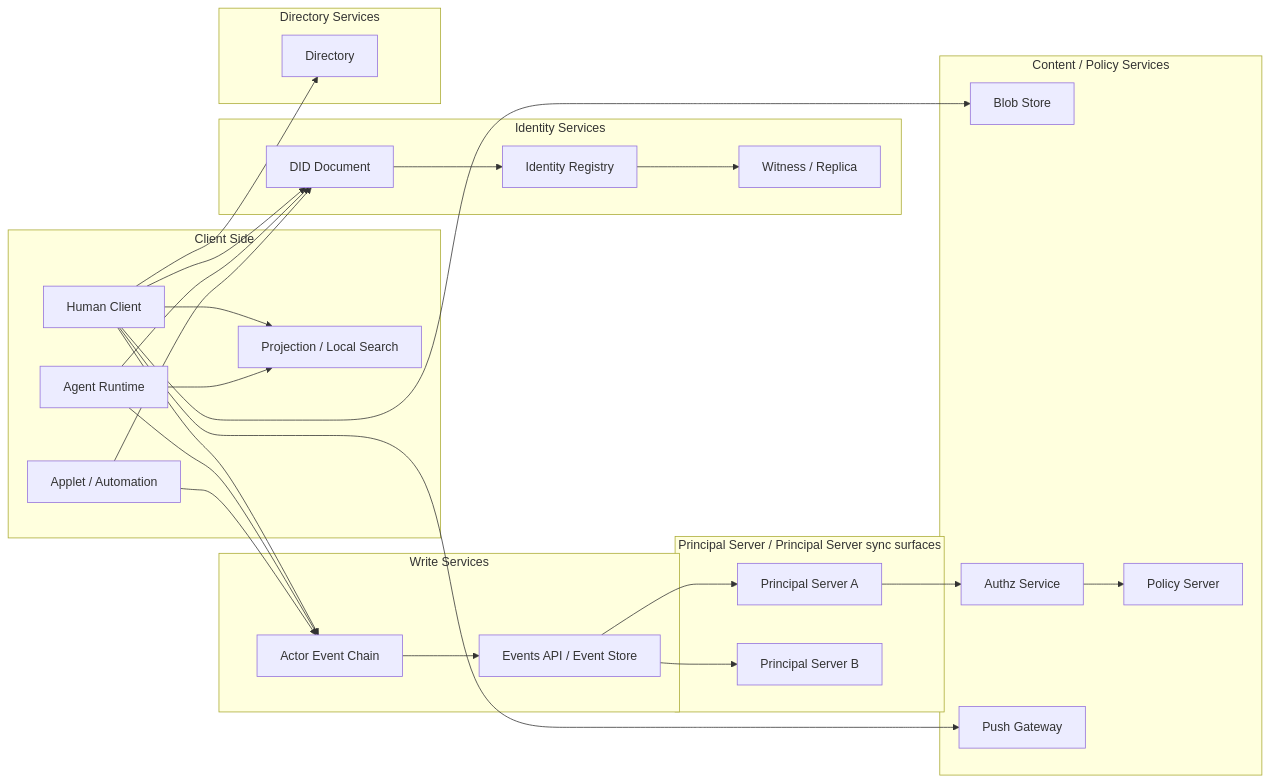
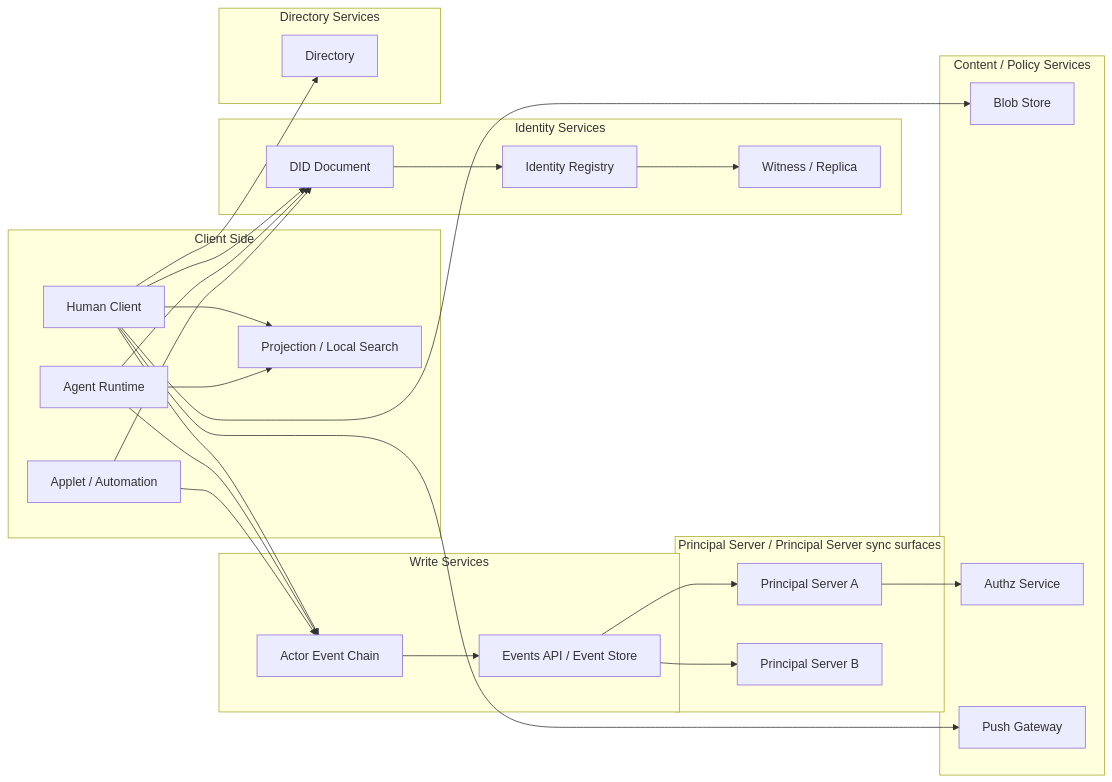
One commit to arkret-org/arkret-spec changed the second of 2 diagrams in spec/v1/zh/overview/architecture.md. Above: the diagram before and after it, drawn with Mermaid. The commit also changed other lines of this file and 84 other files, not shown here.

Commit message:
refactor: remove policy server protocol surface

````diff
--- a/spec/v1/zh/overview/architecture.md
+++ b/spec/v1/zh/overview/architecture.md
@@ -321,58 +321,56 @@
 ```mermaid
 flowchart LR
     subgraph "Client Side"
         C1["Human Client"]
         C2["Agent Runtime"]
         C3["Applet / Automation"]
         CQ["Projection / Local Search"]
     end
 
     subgraph "Identity Services"
         DID["DID Document"]
         REG["Identity Registry"]
         WIT["Witness / Replica"]
     end
 
     subgraph "Write Services"
         EV["Actor Event Chain"]
         ER["Events API / Event Store"]
     end
 
     subgraph "Principal Server / Principal Server sync surfaces"
         PS1["Principal Server A"]
         PS2["Principal Server B"]
     end
 
     subgraph "Directory Services"
         DIR["Directory"]
     end
 
     subgraph "Content / Policy Services"
         BLOB["Blob Store"]
         AUTHZ["Authz Service"]
-        POL["Policy Server"]
         PUSH["Push Gateway"]
     end
 
     C1 --> DID
     C2 --> DID
     C3 --> DID
     DID --> REG
     REG --> WIT
 
     C1 --> EV
     C2 --> EV
     C3 --> EV
     EV --> ER
     ER --> PS1
     ER --> PS2
 
     C1 --> CQ
     C2 --> CQ
     C1 --> DIR
     C1 --> BLOB
 
     PS1 --> AUTHZ
-    AUTHZ --> POL
     C1 --> PUSH
 ```
````
